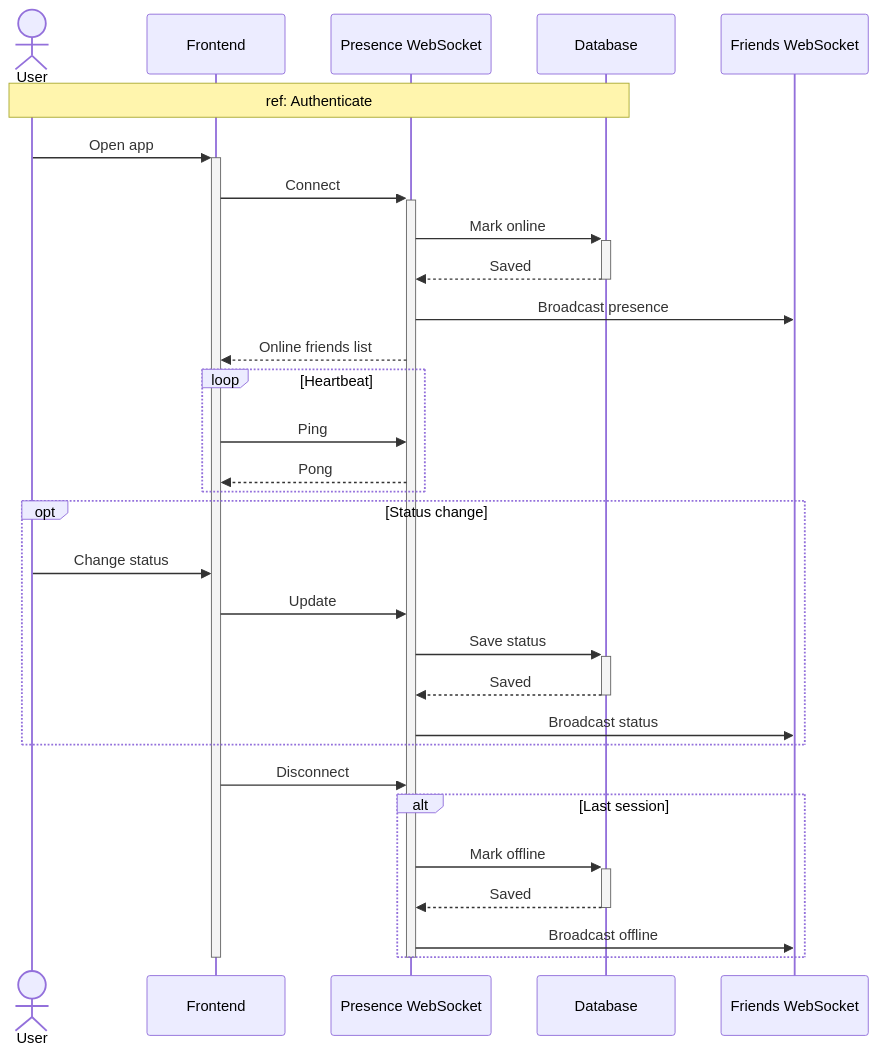
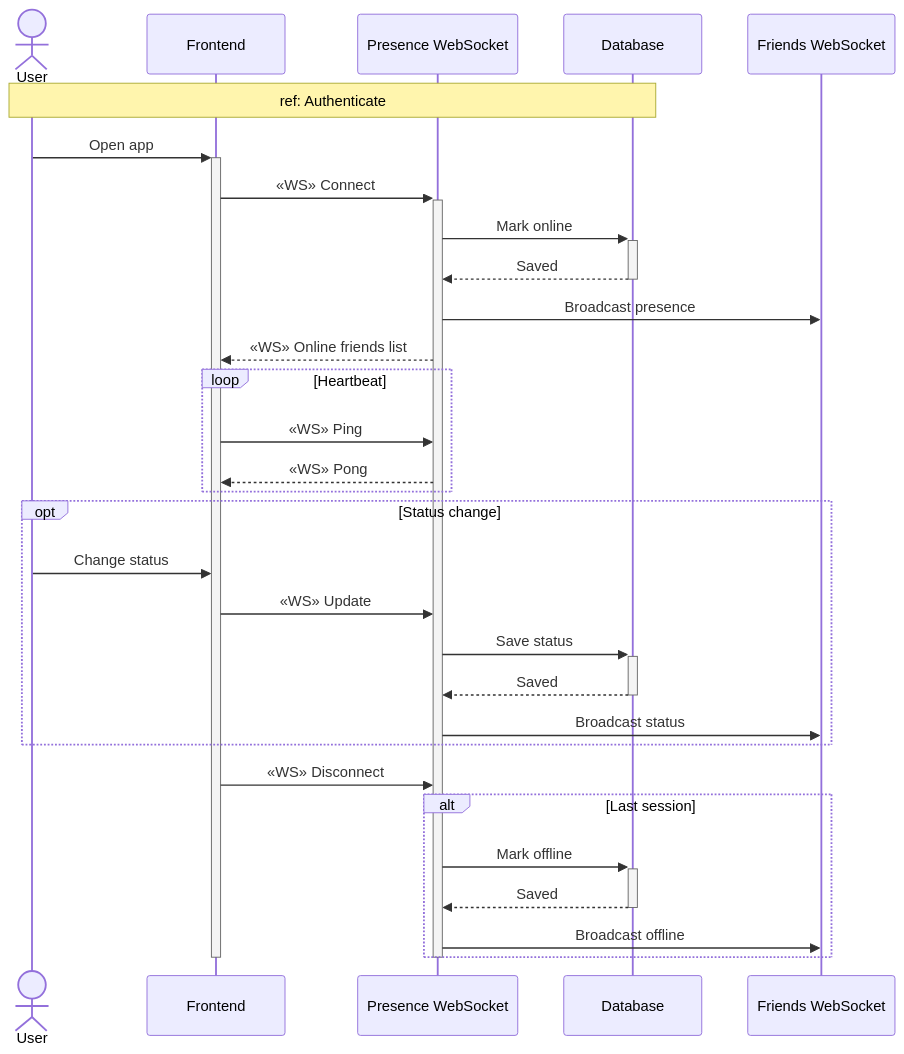
One commit to MohamedChebbi123/teamnest changed diagram 16 of 16 in docs/SEQUENCE_DIAGRAMS.md. Above: the diagram before and after it, drawn with Mermaid. The commit also changed other lines of this file, not shown here.

````diff
--- a/docs/SEQUENCE_DIAGRAMS.md
+++ b/docs/SEQUENCE_DIAGRAMS.md
@@ -548,39 +548,39 @@
 ```mermaid
 sequenceDiagram
     actor User
     participant FE as Frontend
     participant WS as Presence WebSocket
     participant DB as Database
     participant Friends as Friends WebSocket
 
     Note over User,DB: ref: Authenticate
 
     User->>+FE: Open app
-    FE->>+WS: Connect
+    FE->>+WS: «WS» Connect
     WS->>+DB: Mark online
     DB-->>-WS: Saved
     WS->>Friends: Broadcast presence
-    WS-->>FE: Online friends list
+    WS-->>FE: «WS» Online friends list
 
     loop Heartbeat
-        FE->>WS: Ping
-        WS-->>FE: Pong
+        FE->>WS: «WS» Ping
+        WS-->>FE: «WS» Pong
     end
 
     opt Status change
         User->>FE: Change status
-        FE->>WS: Update
+        FE->>WS: «WS» Update
         WS->>+DB: Save status
         DB-->>-WS: Saved
         WS->>Friends: Broadcast status
     end
 
-    FE->>WS: Disconnect
+    FE->>WS: «WS» Disconnect
     alt Last session
         WS->>+DB: Mark offline
         DB-->>-WS: Saved
         WS->>Friends: Broadcast offline
     end
     deactivate WS
     deactivate FE
 ```
````
